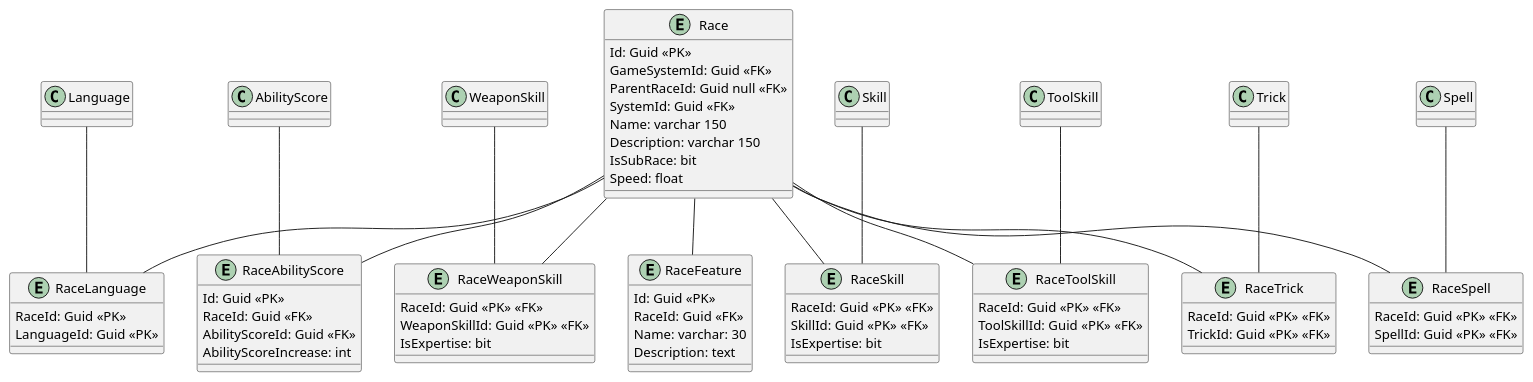
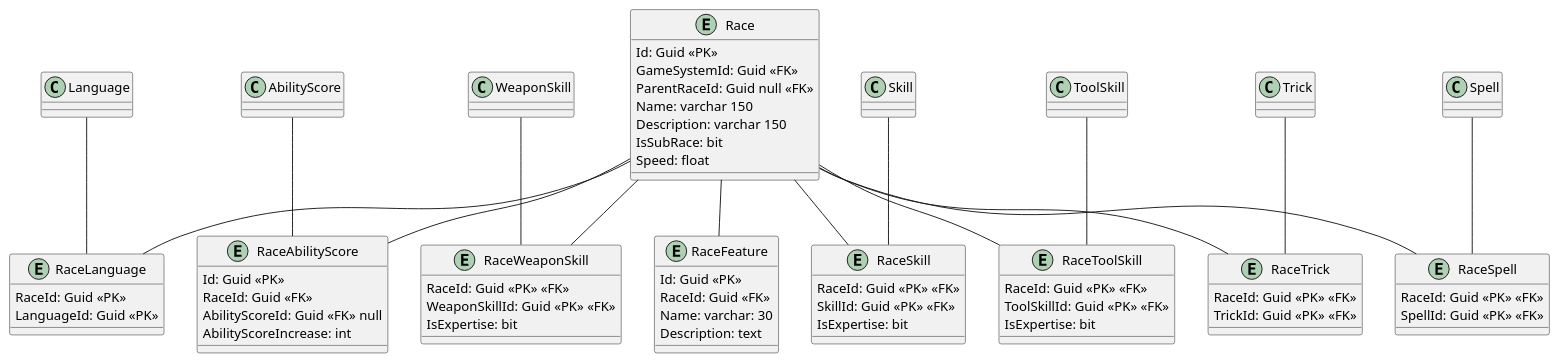
Before and after one commit to LucasZottis/RPGManager: the diagram in Diagrams/Race_Diagram.puml, drawn with PlantUML. The commit also changed 103 other files, not shown here.

```diff
--- a/Diagrams/Race_Diagram.puml
+++ b/Diagrams/Race_Diagram.puml
@@ -1,82 +1,81 @@
 @startuml Race_Diagram.puml
 entity Race {
     Id: Guid <<PK>>
     GameSystemId: Guid <<FK>>
     ParentRaceId: Guid null <<FK>>
-    SystemId: Guid <<FK>>
     Name: varchar 150
     Description: varchar 150
     IsSubRace: bit
     Speed: float
 }
 
 entity RaceLanguage {
     RaceId: Guid <<PK>>
     LanguageId: Guid <<PK>>
 }
 
 entity RaceAbilityScore {
     Id: Guid <<PK>>
     RaceId: Guid <<FK>>
-    AbilityScoreId: Guid <<FK>>
+    AbilityScoreId: Guid <<FK>> null
     AbilityScoreIncrease: int
 }
 
 entity RaceFeature {
     Id: Guid <<PK>>
     RaceId: Guid <<FK>>
     Name: varchar: 30
     Description: text
 }
 
 entity RaceWeaponSkill {
     RaceId: Guid <<PK>> <<FK>>
     WeaponSkillId: Guid <<PK>> <<FK>>
     IsExpertise: bit
 }
 
 entity RaceSkill {
     RaceId: Guid <<PK>> <<FK>>
     SkillId: Guid <<PK>> <<FK>>
     IsExpertise: bit
 }
 
 entity RaceToolSkill {
     RaceId: Guid <<PK>> <<FK>>
     ToolSkillId: Guid <<PK>> <<FK>>
     IsExpertise: bit
 }
 
 entity RaceTrick {
     RaceId: Guid <<PK>> <<FK>>
     TrickId: Guid <<PK>> <<FK>>
 }
 
 entity RaceSpell {
     RaceId: Guid <<PK>> <<FK>>
     SpellId: Guid <<PK>> <<FK>>
 }
 
 Race -- RaceLanguage
 Language -- RaceLanguage
 
 Race -- RaceAbilityScore
 AbilityScore -- RaceAbilityScore
 
 Race -- RaceFeature
 
 Race -- RaceWeaponSkill
 WeaponSkill -- RaceWeaponSkill
 
 Race -- RaceSkill
 Skill -- RaceSkill
 
 Race -- RaceToolSkill
 ToolSkill -- RaceToolSkill
 
 Race -- RaceTrick
 Trick -- RaceTrick
 
 Race -- RaceSpell
 Spell -- RaceSpell
 @enduml
```
